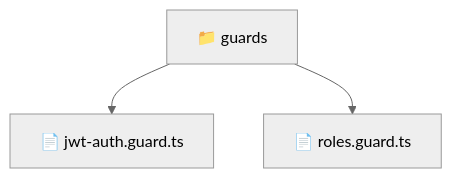
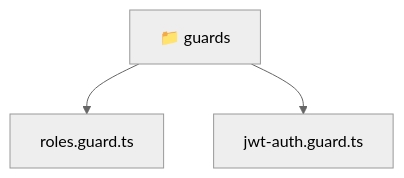
Before and after one commit to beginwebdev2002/fullstack-mavluda: the diagram in backend/src/common/guards/README.md, drawn with Mermaid (neutral theme). The commit also changed other lines of this file and 167 other files, not shown here.

````diff
--- a/backend/src/common/guards/README.md
+++ b/backend/src/common/guards/README.md
@@ -9,6 +9,8 @@
 ```mermaid
 graph TD
-  Root["📁 guards"]
-  Root --> jwt_auth_guard_ts["📄 jwt-auth.guard.ts"]
-  Root --> roles_guard_ts["📄 roles.guard.ts"]
+  Root_guards["📁 guards"]
+  f_roles_guard_ts["roles.guard.ts"]
+  Root_guards --> f_roles_guard_ts
+  f_jwt_auth_guard_ts["jwt-auth.guard.ts"]
+  Root_guards --> f_jwt_auth_guard_ts
 ```
````
